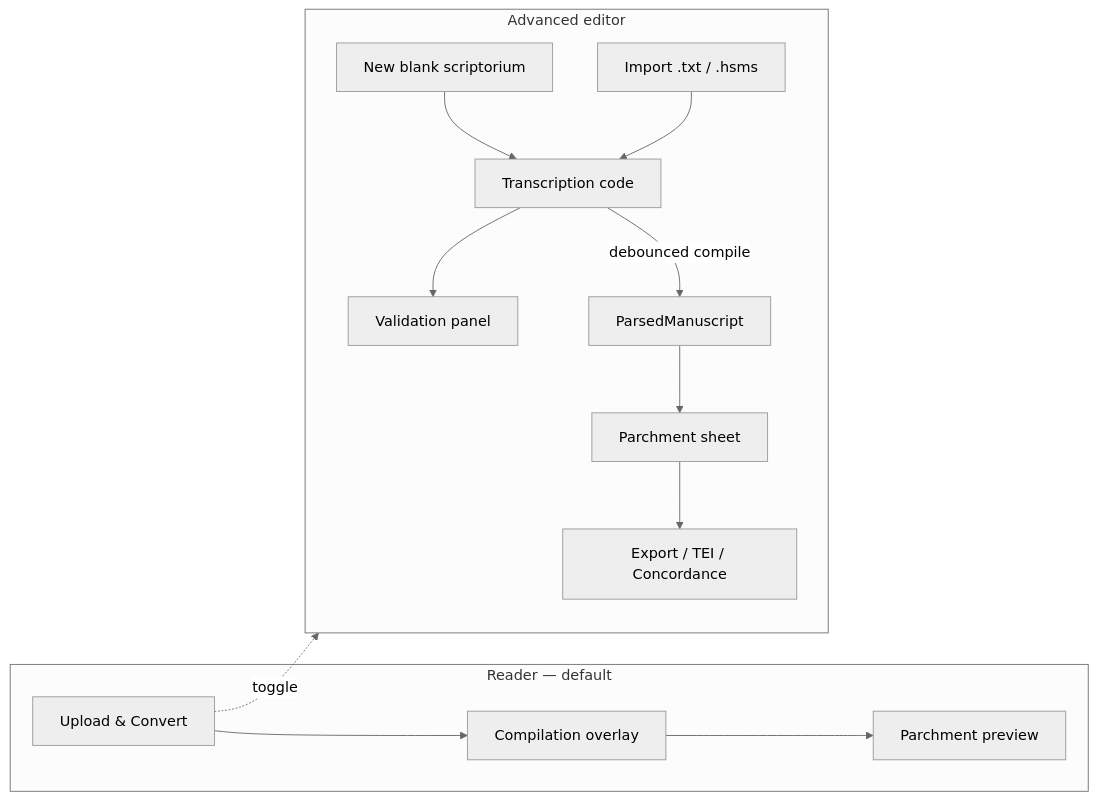
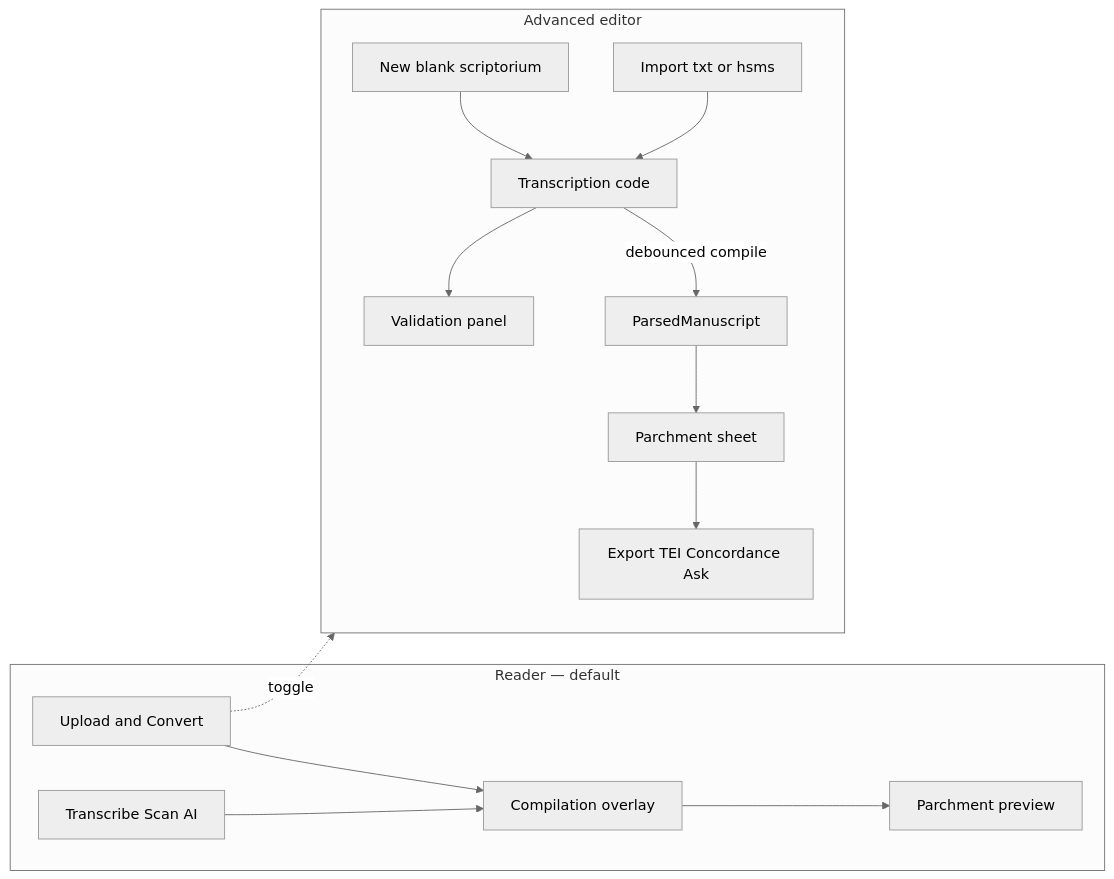
Before and after one commit to RasonJ/transcription-conniption: the diagram in docs/HSMS-EDITOR.md, drawn with Mermaid (neutral theme). The commit also changed other lines of this file and 86 other files, not shown here.

````diff
--- a/docs/HSMS-EDITOR.md
+++ b/docs/HSMS-EDITOR.md
@@ -28,18 +29,19 @@
 ```mermaid
 flowchart LR
   subgraph reader [Reader — default]
-    U[Upload & Convert] --> O[Compilation overlay]
+    U[Upload and Convert] --> O[Compilation overlay]
+    AI[Transcribe Scan AI] --> O
     O --> P[Parchment preview]
   end
 
   subgraph editor [Advanced editor]
     N[New blank scriptorium] --> C[Transcription code]
-    I[Import .txt / .hsms] --> C
+    I[Import txt or hsms] --> C
     C --> V[Validation panel]
     C -->|debounced compile| AST[ParsedManuscript]
     AST --> S[Parchment sheet]
-    S --> E[Export / TEI / Concordance]
+    S --> E[Export TEI Concordance Ask]
   end
 
   U -.->|toggle| editor
 ```
````
